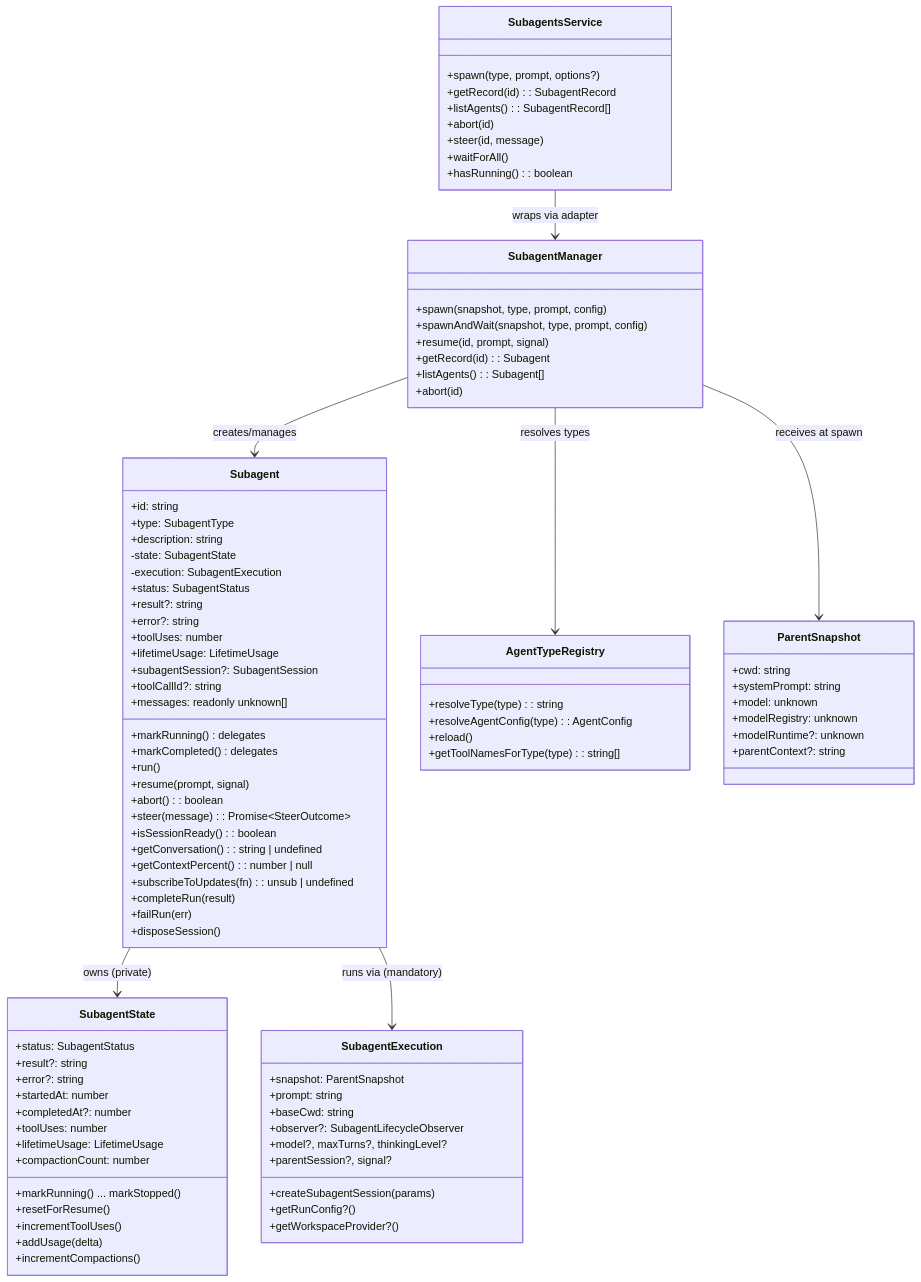
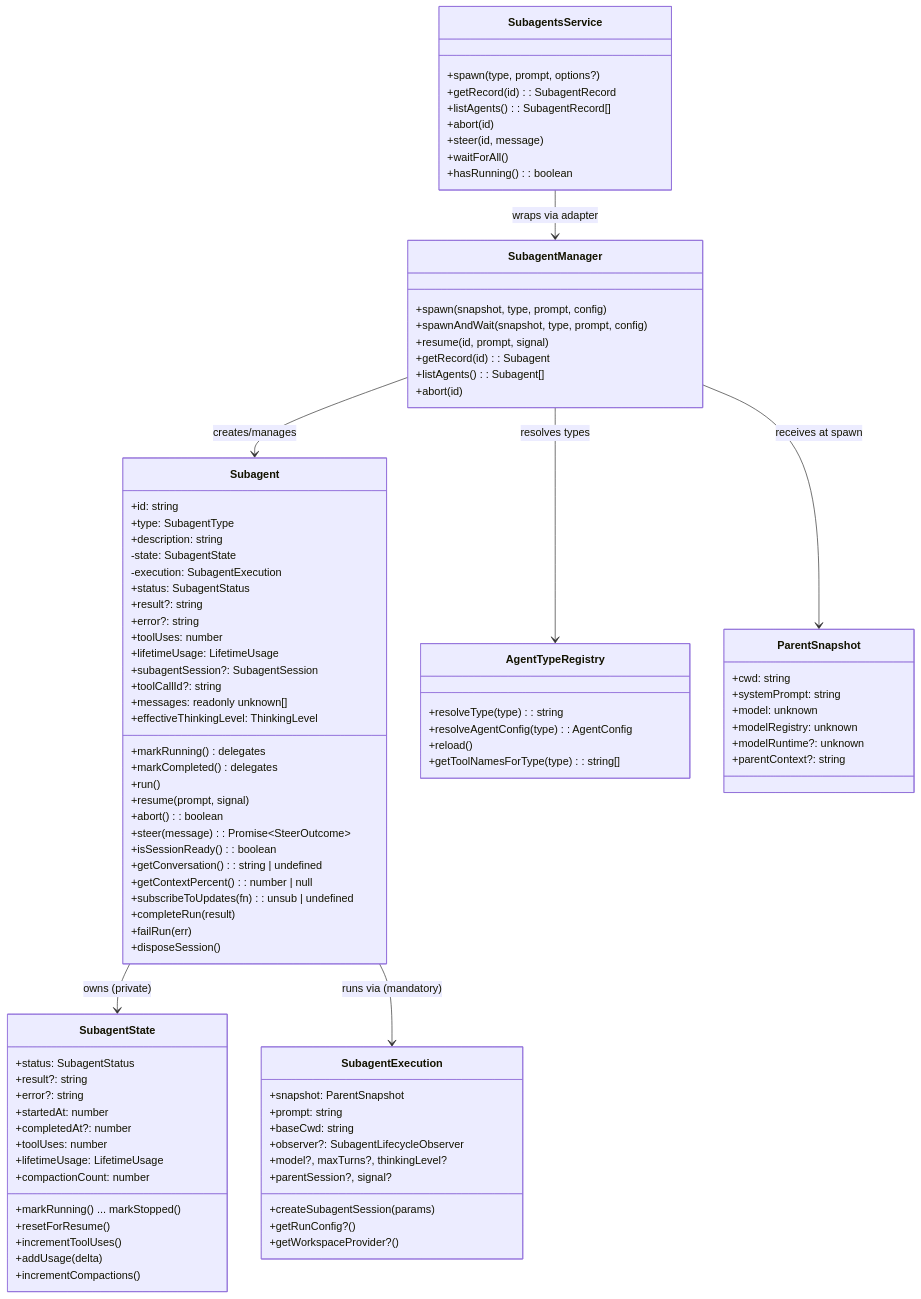
The second of 6 diagrams in packages/pi-subagents/docs/architecture/architecture.md (nklisch/pi-extensions), drawn with Mermaid before and after one commit. The commit also changed other lines of this file and 95 other files, not shown here.

```diff
--- a/packages/pi-subagents/docs/architecture/architecture.md
+++ b/packages/pi-subagents/docs/architecture/architecture.md
@@ -125,6 +125,7 @@
         +getContextPercent(): number | null
         +subscribeToUpdates(fn): unsub | undefined
         +messages: readonly unknown[]
+        +effectiveThinkingLevel: ThinkingLevel
         +completeRun(result)
         +failRun(err)
         +disposeSession()
```
